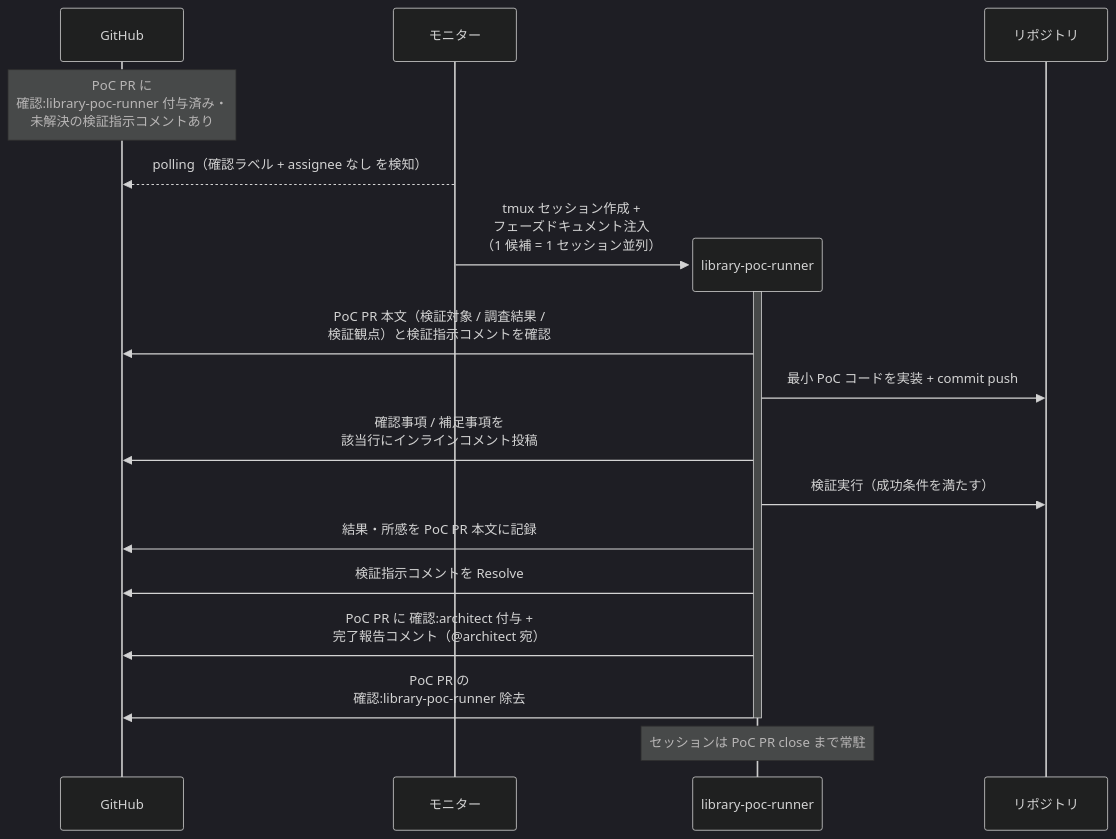
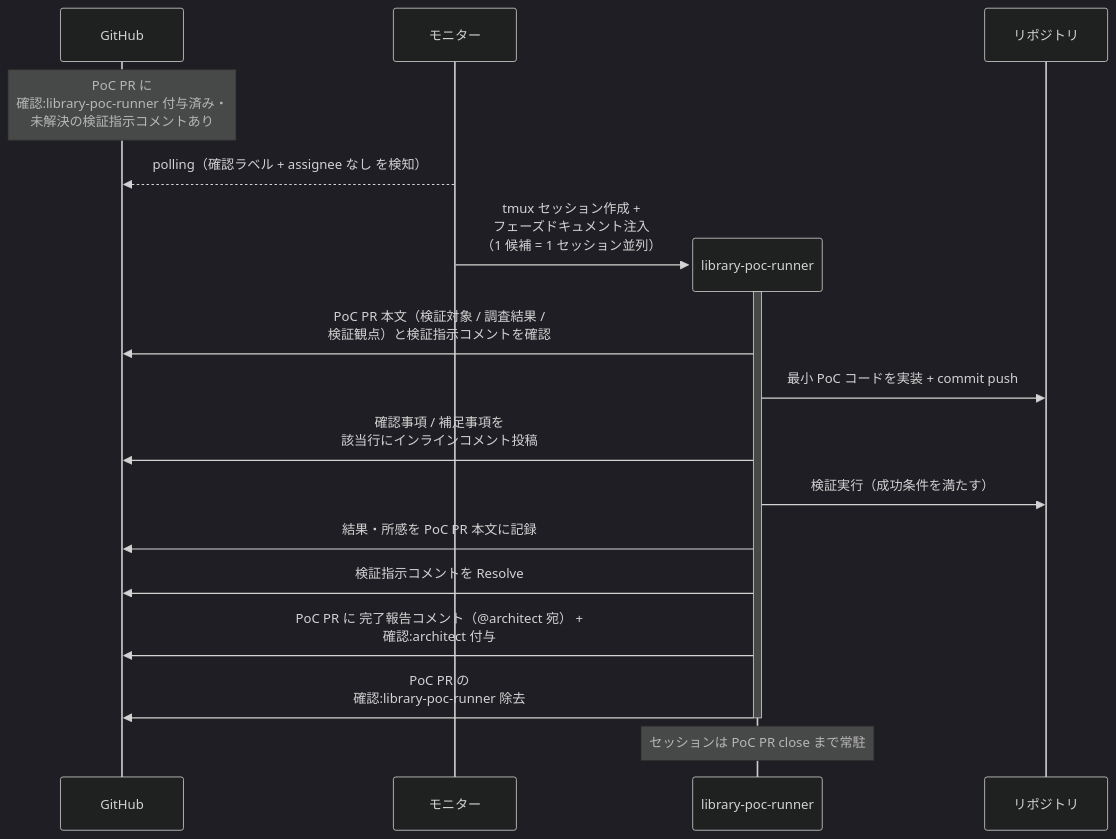
Before and after one commit to shuhei1101/ai-monitor: the first of 3 diagrams in docs/wiki/設計図/シナリオ/単一ユースケース/ライブラリPoC検証.md, drawn with Mermaid (dark theme). The commit also changed other lines of this file and 29 other files, not shown here.

````diff
--- a/docs/wiki/設計図/シナリオ/単一ユースケース/ライブラリPoC検証.md
+++ b/docs/wiki/設計図/シナリオ/単一ユースケース/ライブラリPoC検証.md
@@ -28,22 +28,22 @@
 ```mermaid
 sequenceDiagram
   participant GH as GitHub
   participant ORC as モニター
 
   Note over GH: PoC PR に<br>確認:library-poc-runner 付与済み・<br>未解決の検証指示コメントあり
   ORC-->>GH: polling（確認ラベル + assignee なし を検知）
   create participant MON as library-poc-runner
   ORC->>MON: tmux セッション作成 +<br>フェーズドキュメント注入<br>（1 候補 = 1 セッション並列）
   participant REPO as リポジトリ
   activate MON
   MON->>GH: PoC PR 本文（検証対象 / 調査結果 /<br>検証観点）と検証指示コメントを確認
   MON->>REPO: 最小 PoC コードを実装 + commit push
   MON->>GH: 確認事項 / 補足事項を<br>該当行にインラインコメント投稿
   MON->>REPO: 検証実行（成功条件を満たす）
   MON->>GH: 結果・所感を PoC PR 本文に記録
   MON->>GH: 検証指示コメントを Resolve
-  MON->>GH: PoC PR に 確認:architect 付与 +<br>完了報告コメント（@architect 宛）
+  MON->>GH: PoC PR に 完了報告コメント（@architect 宛） +<br>確認:architect 付与
   MON->>GH: PoC PR の<br>確認:library-poc-runner 除去
   deactivate MON
   Note over MON: セッションは PoC PR close まで常駐
 ```
````
